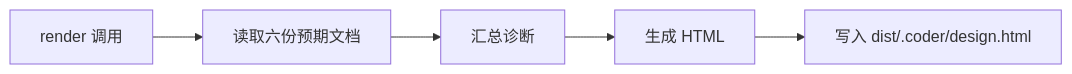
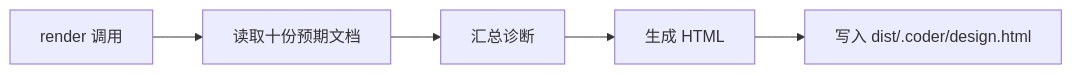
One commit to Cangjier/coder changed the eighth of 8 diagrams in .coder/design/architecture.md. Above: the diagram before and after it, drawn with Mermaid. The commit also changed other lines of this file and 31 other files, not shown here.

````diff
--- a/.coder/design/architecture.md
+++ b/.coder/design/architecture.md
@@ -118,7 +133,7 @@
 ```mermaid
 flowchart LR
-  A[render 调用] --> B[读取六份预期文档]
+  A[render 调用] --> B[读取十份预期文档]
   B --> C[汇总诊断]
   C --> D[生成 HTML]
   D --> E[写入 dist/.coder/design.html]
 ```
````
